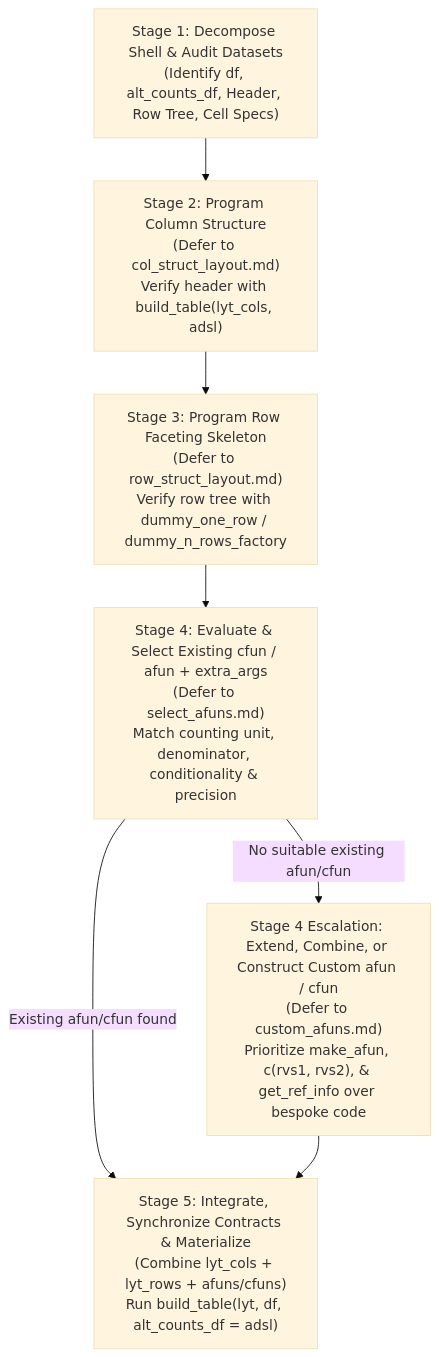
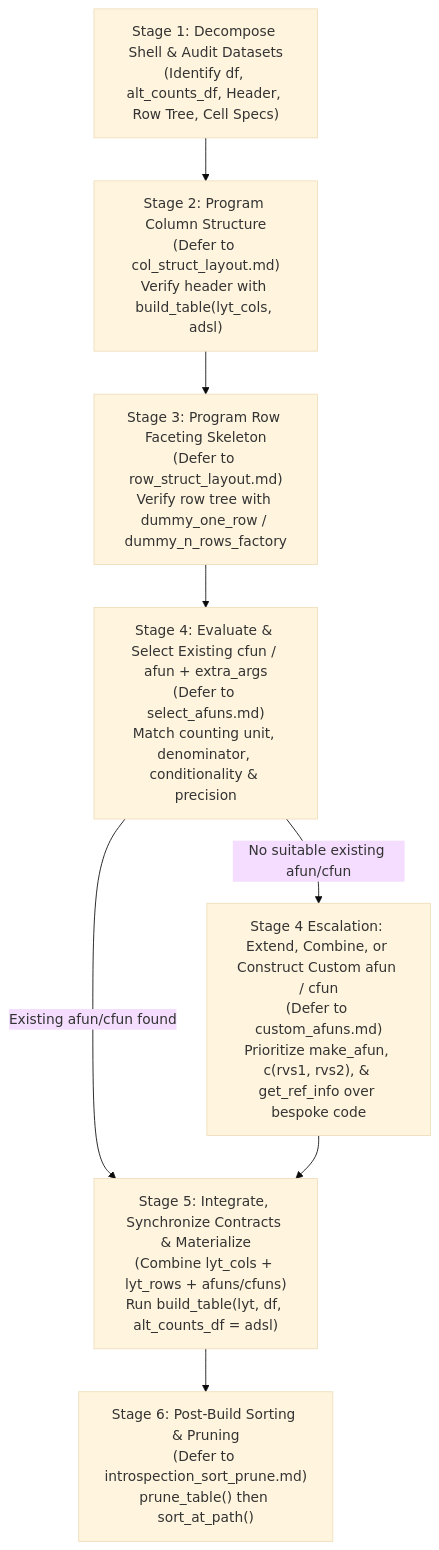
The diagram in rtables_junco_table_prog.md (gmbecker/rtables_ai_skills), drawn with Mermaid (base theme) before and after one commit. The commit also changed other lines of this file and 4 other files, not shown here.

Commit message:
add quick index for column archetypes, semantic index for row archetypes, draft introspection/sort/pruning skill

````diff
--- a/rtables_junco_table_prog.md
+++ b/rtables_junco_table_prog.md
@@ -48,13 +49,14 @@
 ```mermaid
 flowchart TD
     S1["Stage 1: Decompose Shell & Audit Datasets<br/>(Identify df, alt_counts_df, Header, Row Tree, Cell Specs)"]
     S2["Stage 2: Program Column Structure<br/>(Defer to col_struct_layout.md)<br/>Verify header with build_table(lyt_cols, adsl)"]
     S3["Stage 3: Program Row Faceting Skeleton<br/>(Defer to row_struct_layout.md)<br/>Verify row tree with dummy_one_row / dummy_n_rows_factory"]
     S4["Stage 4: Evaluate & Select Existing cfun / afun + extra_args<br/>(Defer to select_afuns.md)<br/>Match counting unit, denominator, conditionality & precision"]
     S4_ESC["Stage 4 Escalation: Extend, Combine, or Construct Custom afun / cfun<br/>(Defer to custom_afuns.md)<br/>Prioritize make_afun, c(rvs1, rvs2), & get_ref_info over bespoke code"]
     S5["Stage 5: Integrate, Synchronize Contracts & Materialize<br/>(Combine lyt_cols + lyt_rows + afuns/cfuns)<br/>Run build_table(lyt, df, alt_counts_df = adsl)"]
 
     S1 --> S2 --> S3 --> S4
     S4 -- "Existing afun/cfun found" --> S5
     S4 -- "No suitable existing afun/cfun" --> S4_ESC --> S5
+    S5 --> S6["Stage 6: Post-Build Sorting & Pruning<br/>(Defer to introspection_sort_prune.md)<br/>prune_table() then sort_at_path()"]
 ```
````
